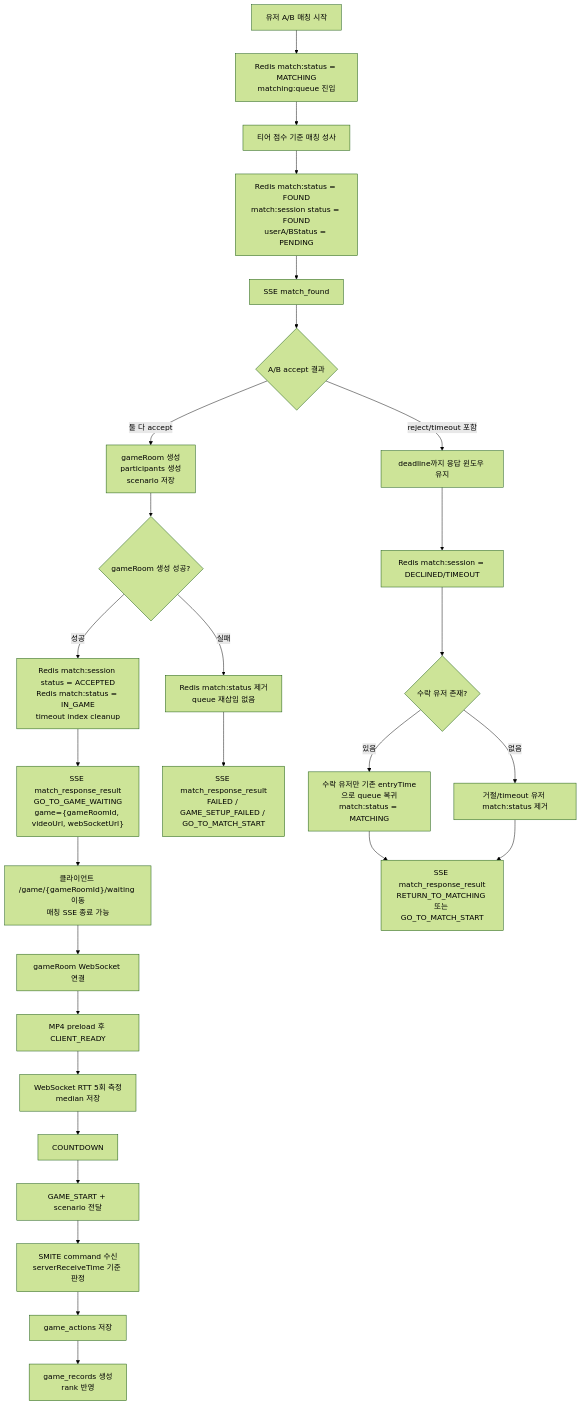
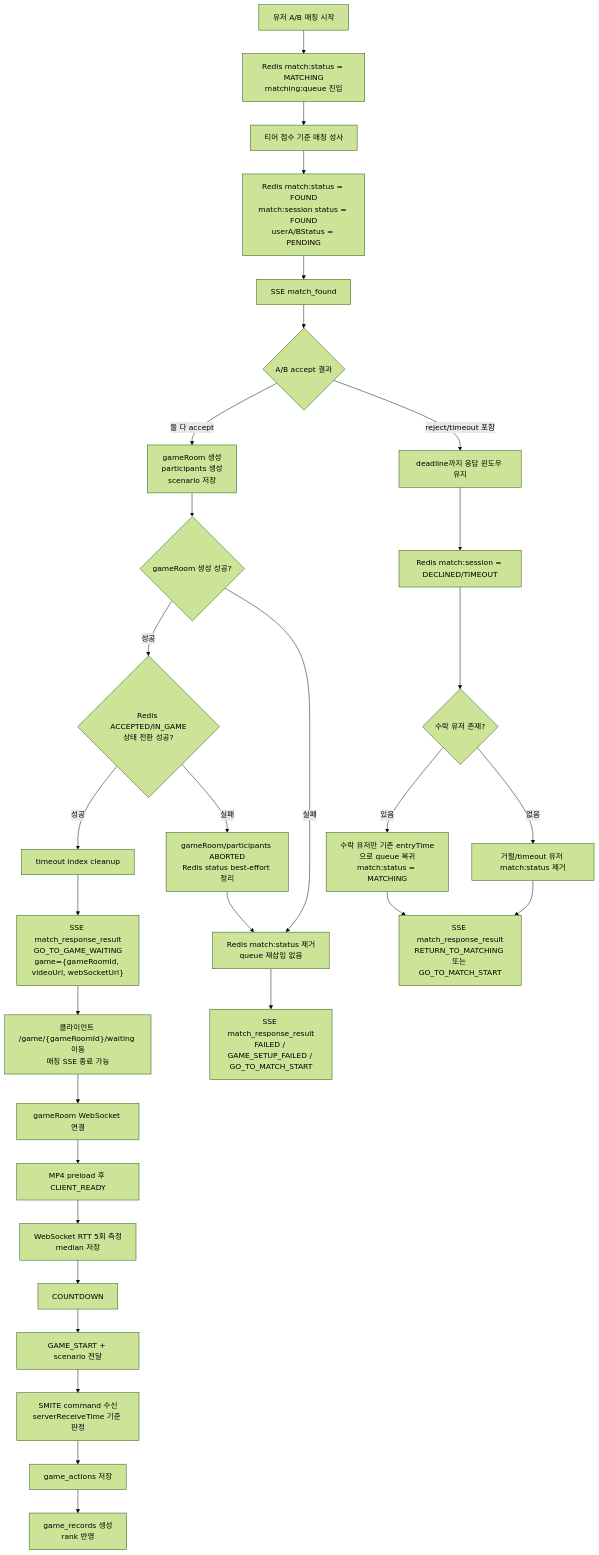
One commit to moonwhistle/League-of-Star changed the diagram in docs/antigravity/backend/plan-checkpoint.md. Above: the diagram before and after it, drawn with Mermaid (forest theme). The commit also changed other lines of this file and 6 other files, not shown here.

````diff
--- a/docs/antigravity/backend/plan-checkpoint.md
+++ b/docs/antigravity/backend/plan-checkpoint.md
@@ -5,33 +5,36 @@
 ```mermaid
 flowchart TD
     A["유저 A/B 매칭 시작"] --> B["Redis match:status = MATCHING<br/>matching:queue 진입"]
     B --> C["티어 점수 기준 매칭 성사"]
     C --> D["Redis match:status = FOUND<br/>match:session status = FOUND<br/>userA/BStatus = PENDING"]
     D --> E["SSE match_found"]
     E --> F{"A/B accept 결과"}
 
     F -->|"둘 다 accept"| G["gameRoom 생성<br/>participants 생성<br/>scenario 저장"]
     G --> H{"gameRoom 생성 성공?"}
-    H -->|"성공"| I["Redis match:session status = ACCEPTED<br/>Redis match:status = IN_GAME<br/>timeout index cleanup"]
-    I --> J["SSE match_response_result<br/>GO_TO_GAME_WAITING<br/>game={gameRoomId, videoUrl, webSocketUrl}"]
-    J --> K["클라이언트 /game/{gameRoomId}/waiting 이동<br/>매칭 SSE 종료 가능"]
-    K --> L["gameRoom WebSocket 연결"]
-    L --> M["MP4 preload 후 CLIENT_READY"]
-    M --> N["WebSocket RTT 5회 측정<br/>median 저장"]
-    N --> O["COUNTDOWN"]
-    O --> P["GAME_START + scenario 전달"]
-    P --> Q["SMITE command 수신<br/>serverReceiveTime 기준 판정"]
-    Q --> R["game_actions 저장"]
-    R --> S["game_records 생성<br/>rank 반영"]
+    H -->|"성공"| I{"Redis ACCEPTED/IN_GAME<br/>상태 전환 성공?"}
+    I -->|"성공"| J["timeout index cleanup"]
+    J --> K["SSE match_response_result<br/>GO_TO_GAME_WAITING<br/>game={gameRoomId, videoUrl, webSocketUrl}"]
+    K --> L["클라이언트 /game/{gameRoomId}/waiting 이동<br/>매칭 SSE 종료 가능"]
+    L --> M["gameRoom WebSocket 연결"]
+    M --> N["MP4 preload 후 CLIENT_READY"]
+    N --> O["WebSocket RTT 5회 측정<br/>median 저장"]
+    O --> P["COUNTDOWN"]
+    P --> Q["GAME_START + scenario 전달"]
+    Q --> R["SMITE command 수신<br/>serverReceiveTime 기준 판정"]
+    R --> S["game_actions 저장"]
+    S --> SA["game_records 생성<br/>rank 반영"]
 
+    I -->|"실패"| AB["gameRoom/participants ABORTED<br/>Redis status best-effort 정리"]
+    AB --> T
     H -->|"실패"| T["Redis match:status 제거<br/>queue 재삽입 없음"]
     T --> U["SSE match_response_result<br/>FAILED / GAME_SETUP_FAILED / GO_TO_MATCH_START"]
 
     F -->|"reject/timeout 포함"| V["deadline까지 응답 윈도우 유지"]
     V --> W["Redis match:session = DECLINED/TIMEOUT"]
     W --> X{"수락 유저 존재?"}
     X -->|"있음"| Y["수락 유저만 기존 entryTime으로 queue 복귀<br/>match:status = MATCHING"]
     X -->|"없음"| Z["거절/timeout 유저 match:status 제거"]
     Y --> AA["SSE match_response_result<br/>RETURN_TO_MATCHING 또는 GO_TO_MATCH_START"]
     Z --> AA
 ```
````
